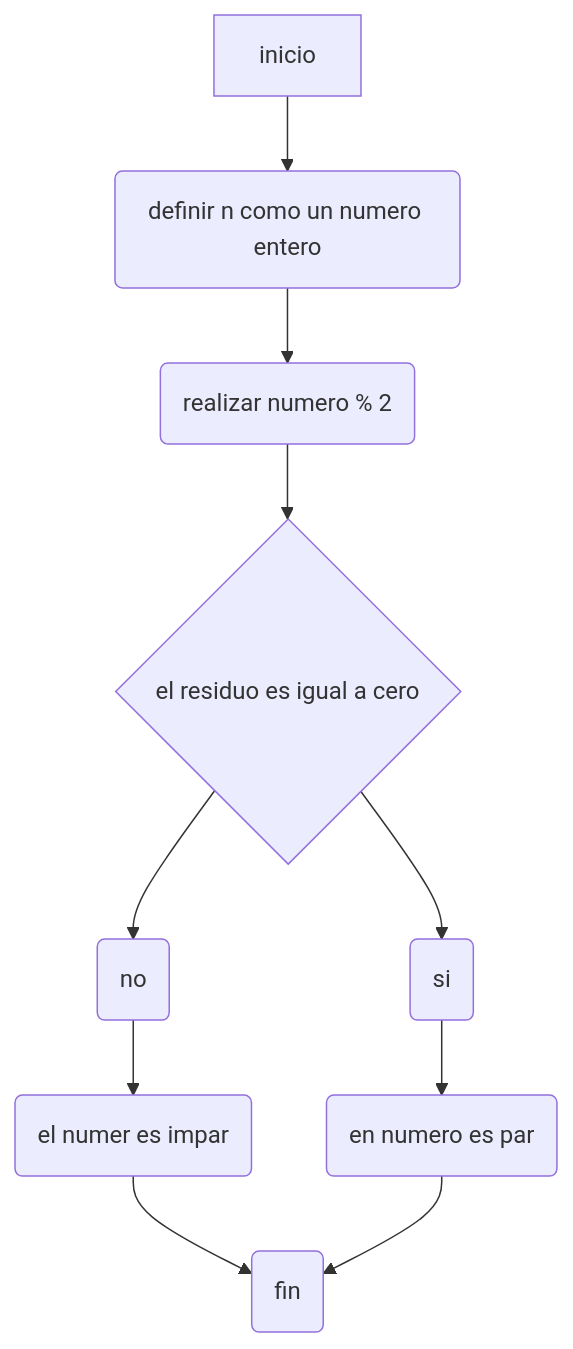
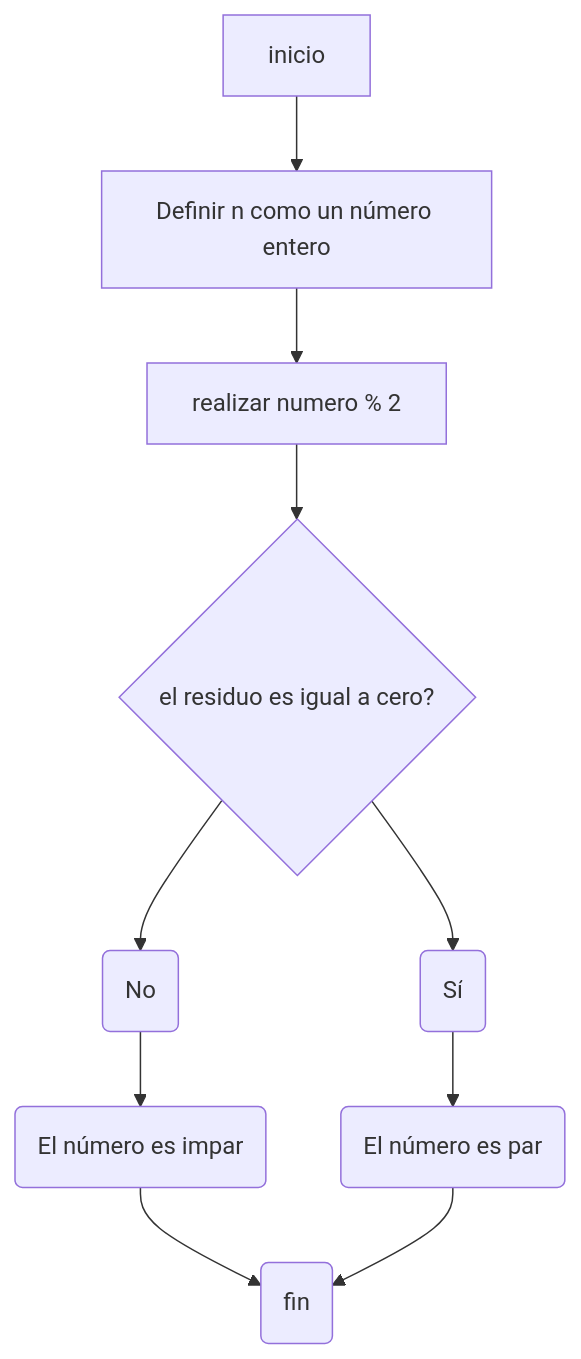
One commit to jeriosv/taller_1 changed the second of 3 diagrams in README.md. Above: the diagram before and after it, drawn with Mermaid.

````diff
--- a/README.md
+++ b/README.md
@@ -67,13 +67,13 @@
 ```mermaid
 graph TD;
-   A[inicio] --> B(definir n como un numero entero)
-   B -->C(realizar numero % 2)
-   C -->D{el residuo es igual a cero}
-   D -->E(si)
-   D -->F(no)
-   E -->G(en numero es par)
-   F -->H(el numer es impar)
+   A[inicio] --> B[Definir n como un número entero]
+   B -->C[realizar numero % 2]
+   C -->D{el residuo es igual a cero?}
+   D -->E(Sí)
+   D -->F(No)
+   E -->G(El número es par)
+   F -->H(El número es impar)
    H -->I(fin)
    G -->I(fin)
 
 ```
````
